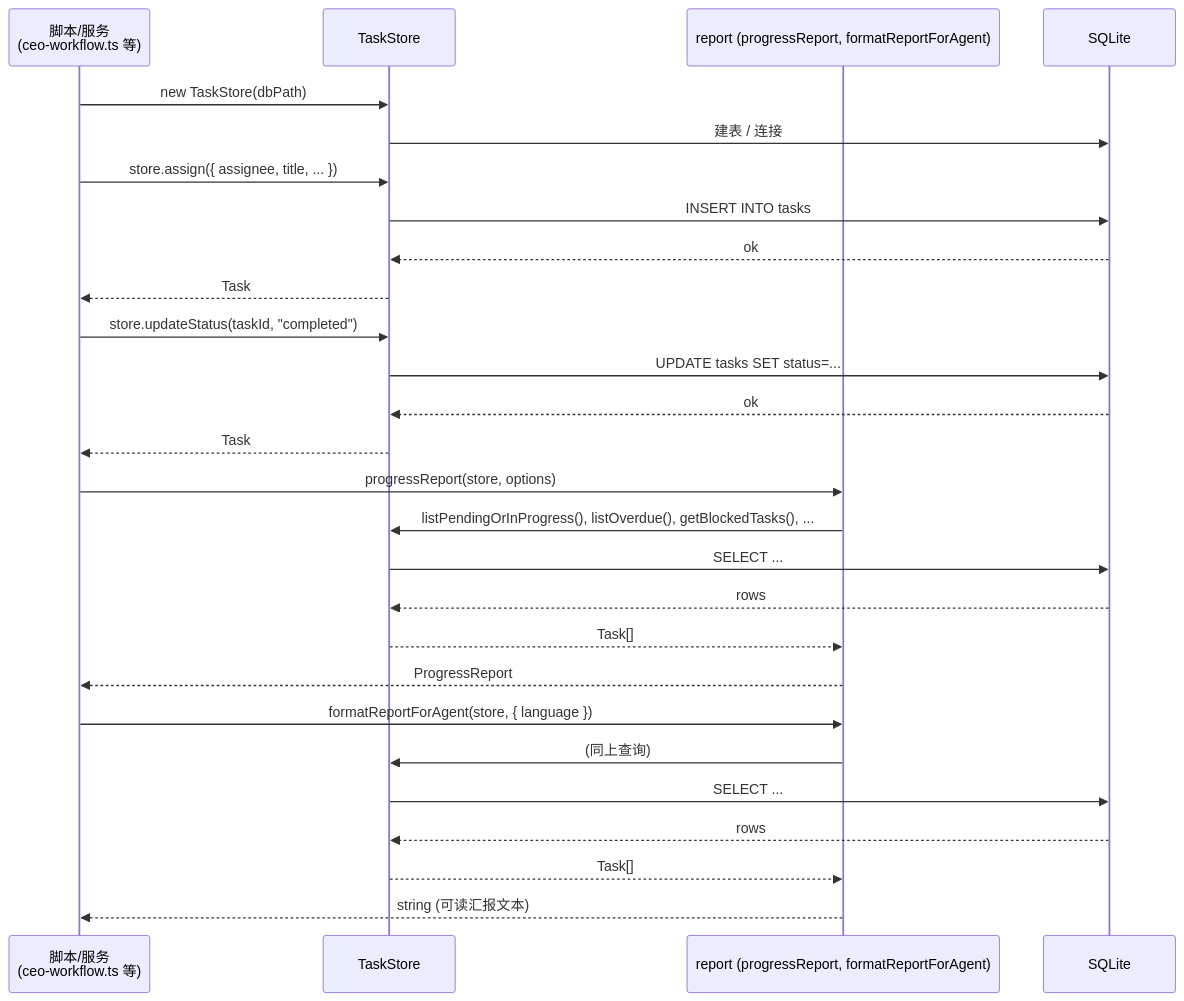
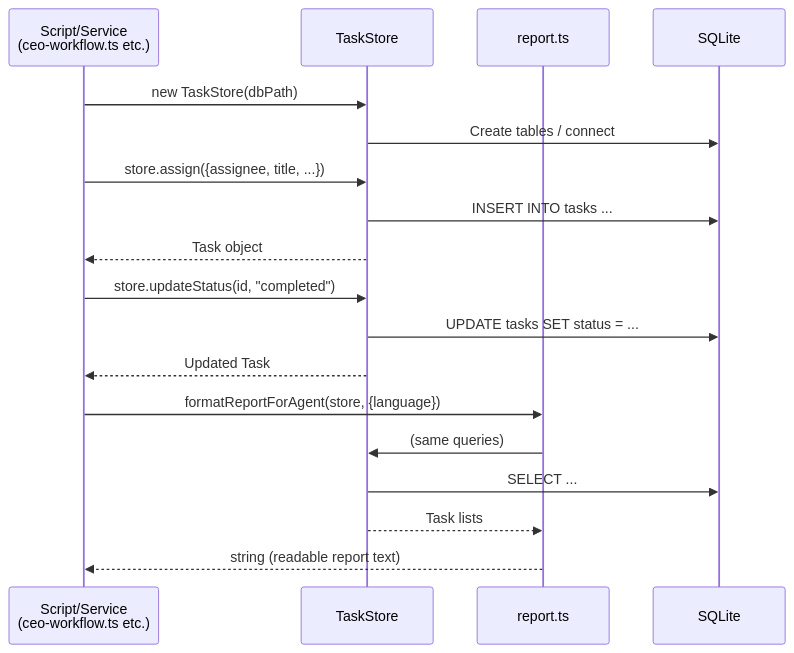
Before and after one commit to miguoliang/openclaw-never-forget-tasks: the third of 4 diagrams in docs/SEQUENCE.md, drawn with Mermaid. The commit also changed other lines of this file and 13 other files, not shown here.

````diff
--- a/docs/SEQUENCE.md
+++ b/docs/SEQUENCE.md
@@ -101,34 +96,24 @@
 ```mermaid
 sequenceDiagram
-    participant Script as 脚本/服务<br/>(ceo-workflow.ts 等)
+    participant Script as Script/Service<br/>(ceo-workflow.ts etc.)
     participant Store as TaskStore
-    participant Report as report (progressReport, formatReportForAgent)
+    participant Report as report.ts
     participant DB as SQLite
 
     Script->>Store: new TaskStore(dbPath)
-    Store->>DB: 建表 / 连接
+    Store->>DB: Create tables / connect
 
-    Script->>Store: store.assign({ assignee, title, ... })
-    Store->>DB: INSERT INTO tasks
-    DB-->>Store: ok
-    Store-->>Script: Task
+    Script->>Store: store.assign({assignee, title, ...})
+    Store->>DB: INSERT INTO tasks ...
+    Store-->>Script: Task object
 
-    Script->>Store: store.updateStatus(taskId, "completed")
-    Store->>DB: UPDATE tasks SET status=...
-    DB-->>Store: ok
-    Store-->>Script: Task
+    Script->>Store: store.updateStatus(id, "completed")
+    Store->>DB: UPDATE tasks SET status = ...
+    Store-->>Script: Updated Task
 
-    Script->>Report: progressReport(store, options)
-    Report->>Store: listPendingOrInProgress(), listOverdue(), getBlockedTasks(), ...
+    Script->>Report: formatReportForAgent(store, {language})
+    Report->>Store: (same queries)
     Store->>DB: SELECT ...
-    DB-->>Store: rows
-    Store-->>Report: Task[]
-    Report-->>Script: ProgressReport
-
-    Script->>Report: formatReportForAgent(store, { language })
-    Report->>Store: (同上查询)
-    Store->>DB: SELECT ...
-    DB-->>Store: rows
-    Store-->>Report: Task[]
-    Report-->>Script: string (可读汇报文本)
+    Store-->>Report: Task lists
+    Report-->>Script: string (readable report text)
 ```
````
